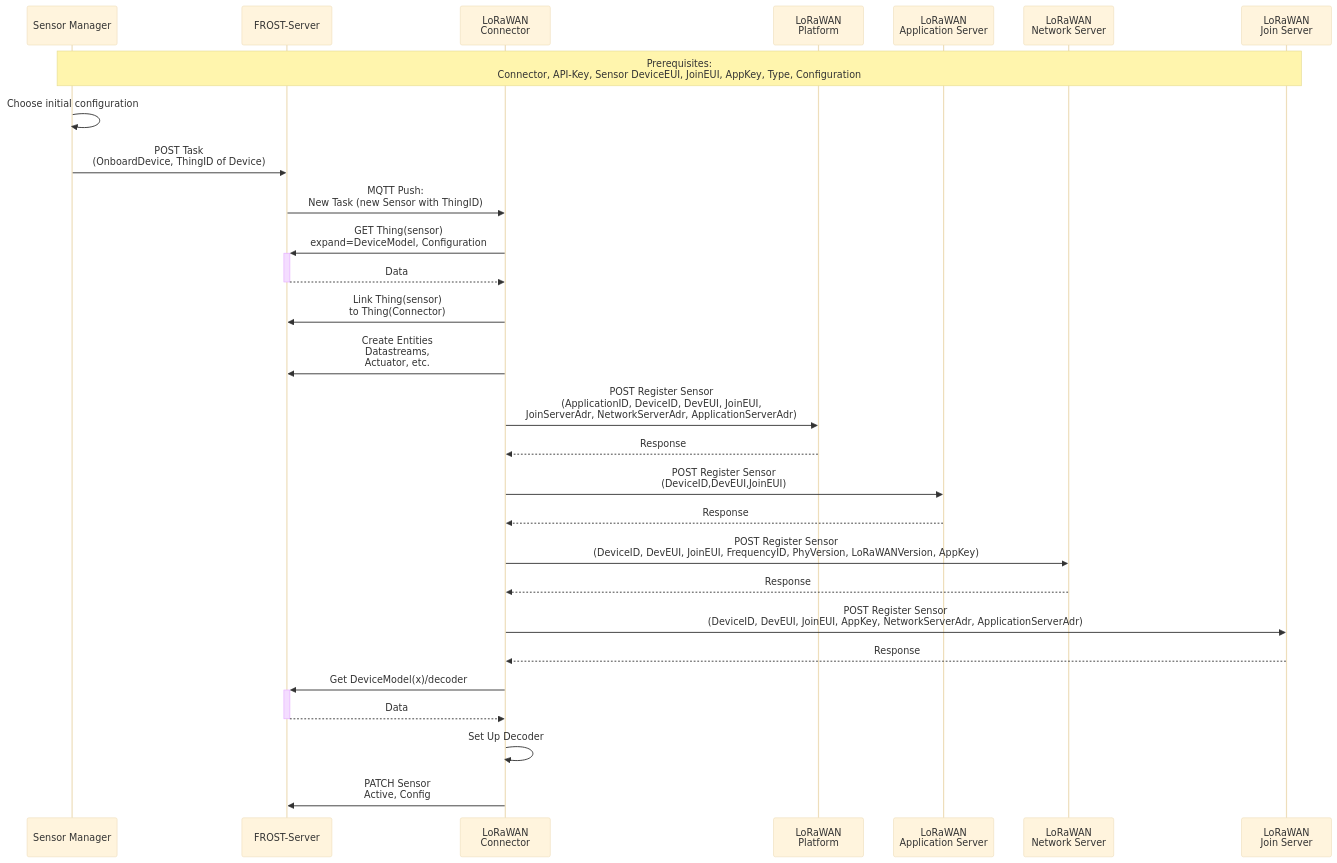
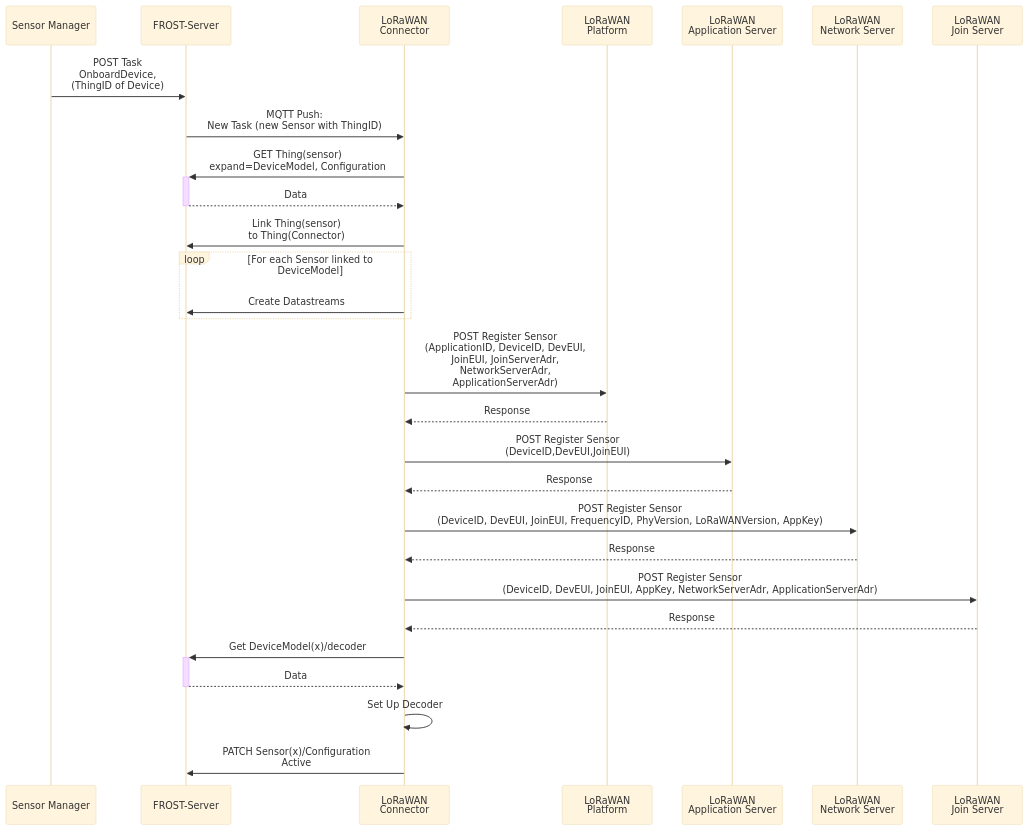
The second of 2 diagrams in research question 3/researchQuestion3.md (Geonovum/Testbed-sensordata), drawn with Mermaid (base theme) before and after one commit. The commit also changed other lines of this file, not shown here.

Commit message:
Added demo service, improved sequence diagram

````diff
--- a/research question 3/researchQuestion3.md
+++ b/research question 3/researchQuestion3.md
@@ -180,31 +179,31 @@
 ```mermaid
 sequenceDiagram
   participant SensorManager as Sensor Manager
   participant FROST as FROST-Server
   participant Connector as LoRaWAN<br>Connector
   participant Platform as LoRaWAN<br>Platform
   participant ApplicationServer as LoRaWAN<br>Application Server
   participant NetworkServer as LoRaWAN<br>Network Server
   participant JoinServer as LoRaWAN<br>Join Server
-  Note over SensorManager,JoinServer: Prerequisites:<br/>Connector, API-Key, Sensor DeviceEUI, JoinEUI, AppKey, Type, Configuration
 
-  SensorManager ->> SensorManager: Choose initial configuration
-  SensorManager ->> FROST: POST Task<br>(OnboardDevice, ThingID of Device)
+  SensorManager ->> FROST: POST Task<br>OnboardDevice,<br>(ThingID of Device)
   FROST ->> Connector: MQTT Push:<br>New Task (new Sensor with ThingID)
   Connector ->> +FROST: GET Thing(sensor)<br>expand=DeviceModel, Configuration
   FROST -->> -Connector: Data
   Connector ->> FROST: Link Thing(sensor)<br>to Thing(Connector)
-  Connector ->> FROST: Create Entities<br>Datastreams,<br/>Actuator, etc.
-  Connector ->> Platform: POST Register Sensor<br>(ApplicationID, DeviceID, DevEUI, JoinEUI,<br>JoinServerAdr, NetworkServerAdr, ApplicationServerAdr)
+  loop For each Sensor linked to DeviceModel
+    Connector ->> FROST: Create Datastreams
+  end
+  Connector ->> Platform: POST Register Sensor<br>(ApplicationID, DeviceID, DevEUI,<br>JoinEUI, JoinServerAdr,<br>NetworkServerAdr,<br>ApplicationServerAdr)
   Platform -->> Connector: Response
   Connector ->> ApplicationServer: POST Register Sensor<br>(DeviceID,DevEUI,JoinEUI)
   ApplicationServer -->> Connector: Response
   Connector ->> NetworkServer: POST Register Sensor<br>(DeviceID, DevEUI, JoinEUI, FrequencyID, PhyVersion, LoRaWANVersion, AppKey)
   NetworkServer -->> Connector: Response
   Connector ->> JoinServer: POST Register Sensor<br>(DeviceID, DevEUI, JoinEUI, AppKey, NetworkServerAdr, ApplicationServerAdr)
   JoinServer -->> Connector: Response
   Connector ->>+ FROST: Get DeviceModel(x)/decoder
   FROST -->> -Connector: Data
   Connector ->> Connector: Set Up Decoder
-  Connector ->> FROST: PATCH Sensor<br>Active, Config
+  Connector ->> FROST: PATCH Sensor(x)/Configuration<br>Active
 ```
````
